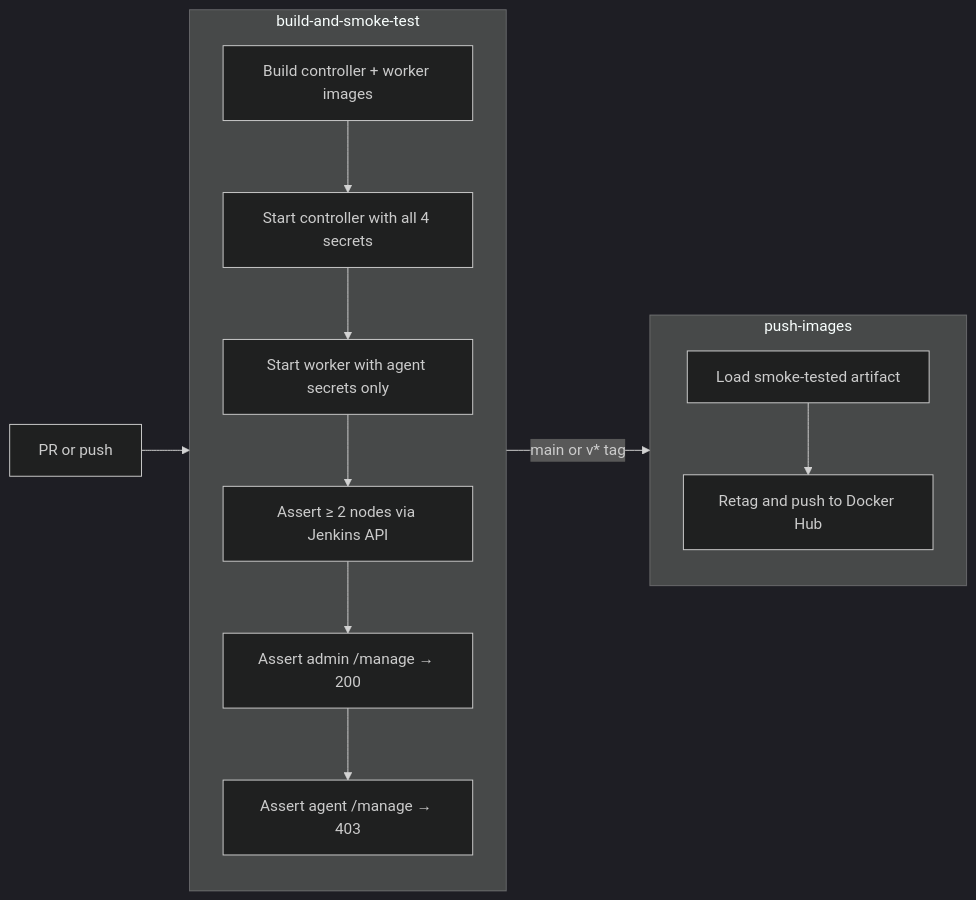
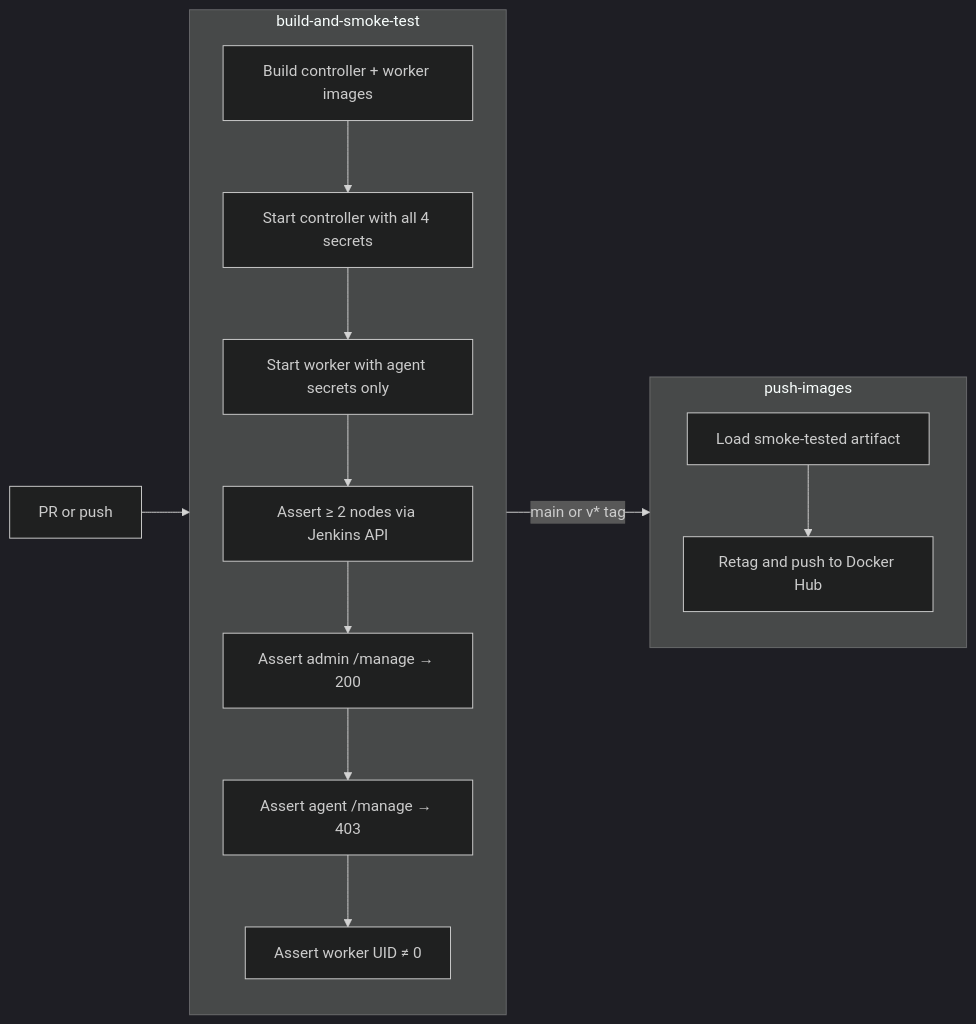
The third of 3 diagrams in README.md (sangharshcs/deploy-jenkins), drawn with Mermaid (dark theme) before and after one commit. The commit also changed other lines of this file and 7 other files, not shown here.

First line of the commit message:
feat: run worker as non-root (UID 10001) (#12)

````diff
--- a/README.md
+++ b/README.md
@@ -351,23 +366,24 @@
 ```mermaid
 flowchart LR
     PR["PR or push"] --> BUILD
 
     subgraph BUILD ["build-and-smoke-test"]
         direction TB
         B1["Build controller + worker images"]
         B2["Start controller with all 4 secrets"]
         B3["Start worker with agent secrets only"]
         B4["Assert ≥ 2 nodes via Jenkins API"]
         B5["Assert admin /manage → 200"]
         B6["Assert agent /manage → 403"]
-        B1 --> B2 --> B3 --> B4 --> B5 --> B6
+        B7["Assert worker UID ≠ 0"]
+        B1 --> B2 --> B3 --> B4 --> B5 --> B6 --> B7
     end
 
-    B6 -->|"main or v* tag"| PUSH
+    B7 -->|"main or v* tag"| PUSH
 
     subgraph PUSH ["push-images"]
         P1["Load smoke-tested artifact"]
         P2["Retag and push to Docker Hub"]
         P1 --> P2
     end
 ```
````
